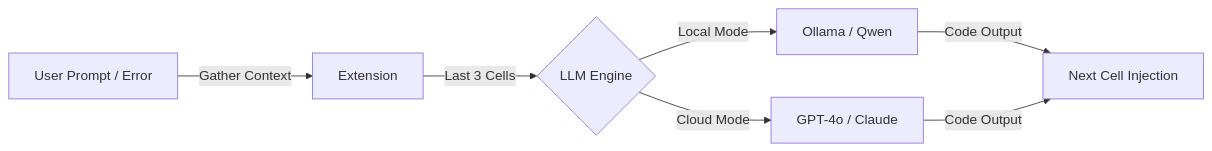
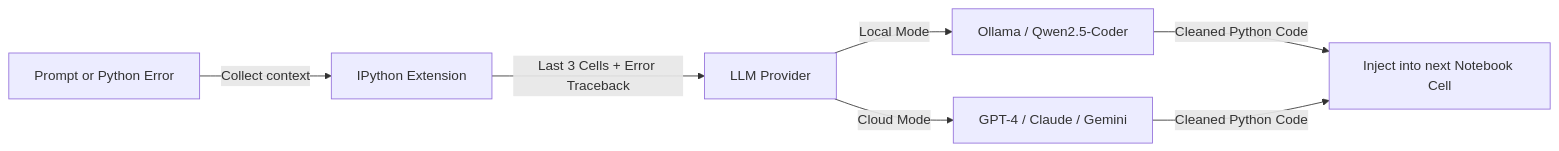
One commit to wajoud/JupyterPilot changed the second of 2 diagrams in README.md. Above: the diagram before and after it, drawn with Mermaid. The commit also changed other lines of this file and 11 other files, not shown here.

````diff
--- a/README.md
+++ b/README.md
@@ -21,9 +30,9 @@
 ```mermaid
 graph LR
-    Input[User Prompt / Error] -->|Gather Context| Ext[Extension]
-    Ext -->|Last 3 Cells| LLM{LLM Engine}
-    LLM -->|Local Mode| Ollama[Ollama / Qwen]
-    LLM -->|Cloud Mode| LiteLLM[GPT-4o / Claude]
-    Ollama -->|Code Output| NextCell[Next Cell Injection]
-    LiteLLM -->|Code Output| NextCell
+    Input[Prompt or Python Error] -->|Collect context| Extension[IPython Extension]
+    Extension -->|Last 3 Cells + Error Traceback| Provider[LLM Provider]
+    Provider -->|Local Mode| Ollama[Ollama / Qwen2.5-Coder]
+    Provider -->|Cloud Mode| LiteLLM[GPT-4 / Claude / Gemini]
+    Ollama -->|Cleaned Python Code| Next[Inject into next Notebook Cell]
+    LiteLLM -->|Cleaned Python Code| Next
 ```
````
